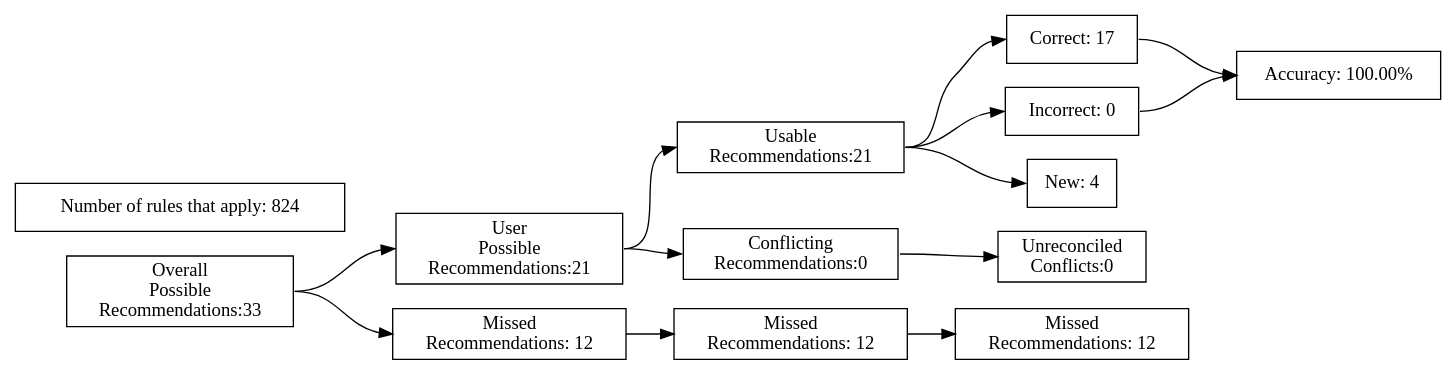
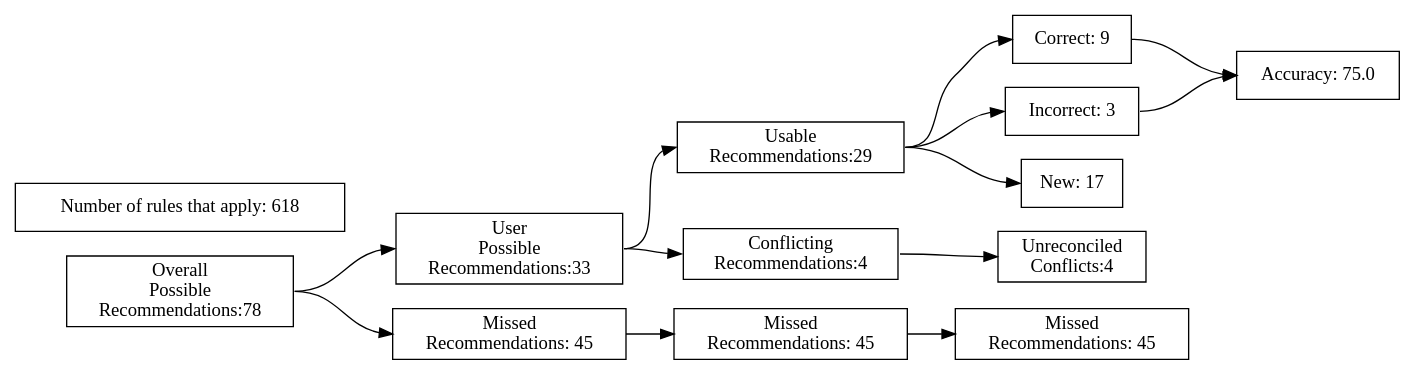
One commit to ZaxR/ibd_diet_analysis changed the diagram in test_renders/32.gv. Above: the diagram before and after it, drawn with Graphviz. The commit also changed 231 other files, not shown here.

```diff
--- a/test_renders/32.gv
+++ b/test_renders/32.gv
@@ -1,40 +1,40 @@
 digraph {
 	graph [rankdir=LR]
 	node [pos=r shape=box]
 	edge [headport=w tailport=e]
 		A [label="Overall
 Possible
-Recommendations:33"]
+Recommendations:78"]
 		B [label="User
 Possible
-Recommendations:21"]
+Recommendations:33"]
 		C [label="Missed
-Recommendations: 12"]
+Recommendations: 45"]
 		D [label="Usable
-Recommendations:21"]
+Recommendations:29"]
 		E [label="Conflicting
-Recommendations:0"]
+Recommendations:4"]
 		J [label="Missed
-Recommendations: 12"]
+Recommendations: 45"]
 		M [label="Unreconciled
-Conflicts:0"]
-		F [label="Correct: 17"]
-		G [label="Incorrect: 0"]
-		H [label="New: 4"]
+Conflicts:4"]
+		F [label="Correct: 9"]
+		G [label="Incorrect: 3"]
+		H [label="New: 17"]
 		K [label="Missed
-Recommendations: 12"]
-		I [label="Accuracy: 100.00%"]
-		l [label="Number of rules that apply: 824"]
+Recommendations: 45"]
+		I [label="Accuracy: 75.0"]
+		l [label="Number of rules that apply: 618"]
 			A -> B
 			A -> C
 			B -> D
 			B -> E
 			D -> F
 			D -> G
 			D -> H
 			F -> I
 			G -> I
 			C -> J
 			J -> K
 			E -> M
 }
```
